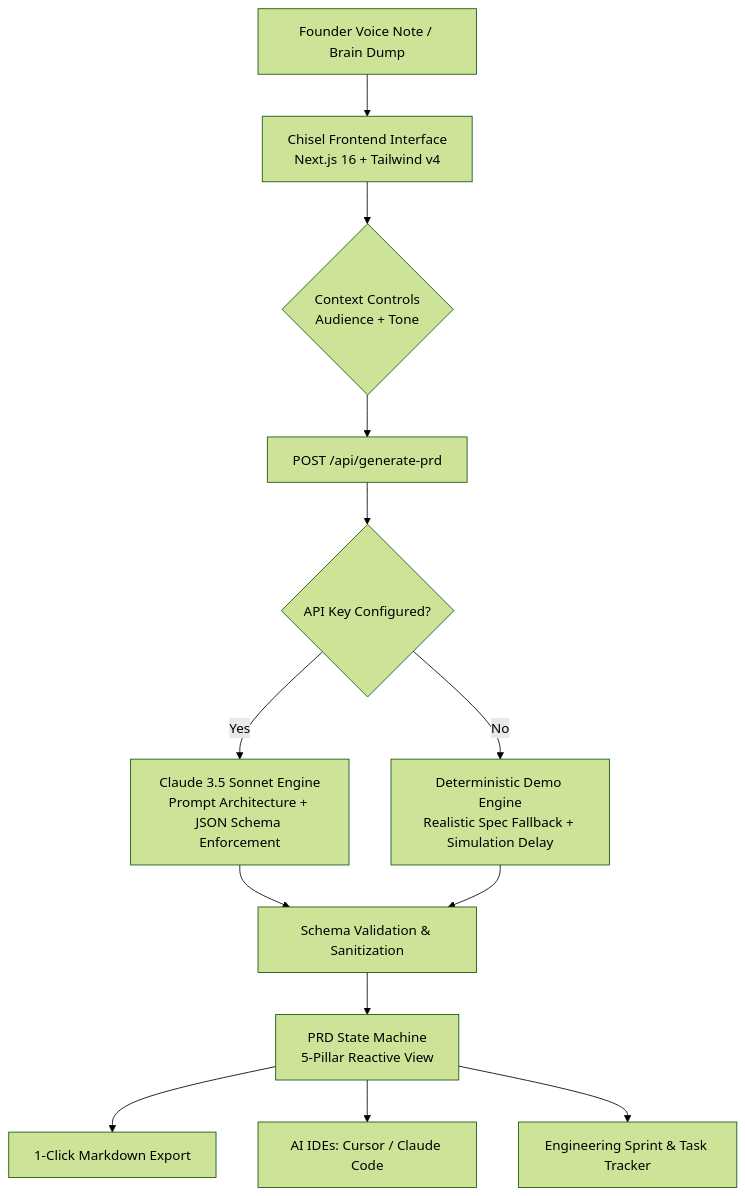
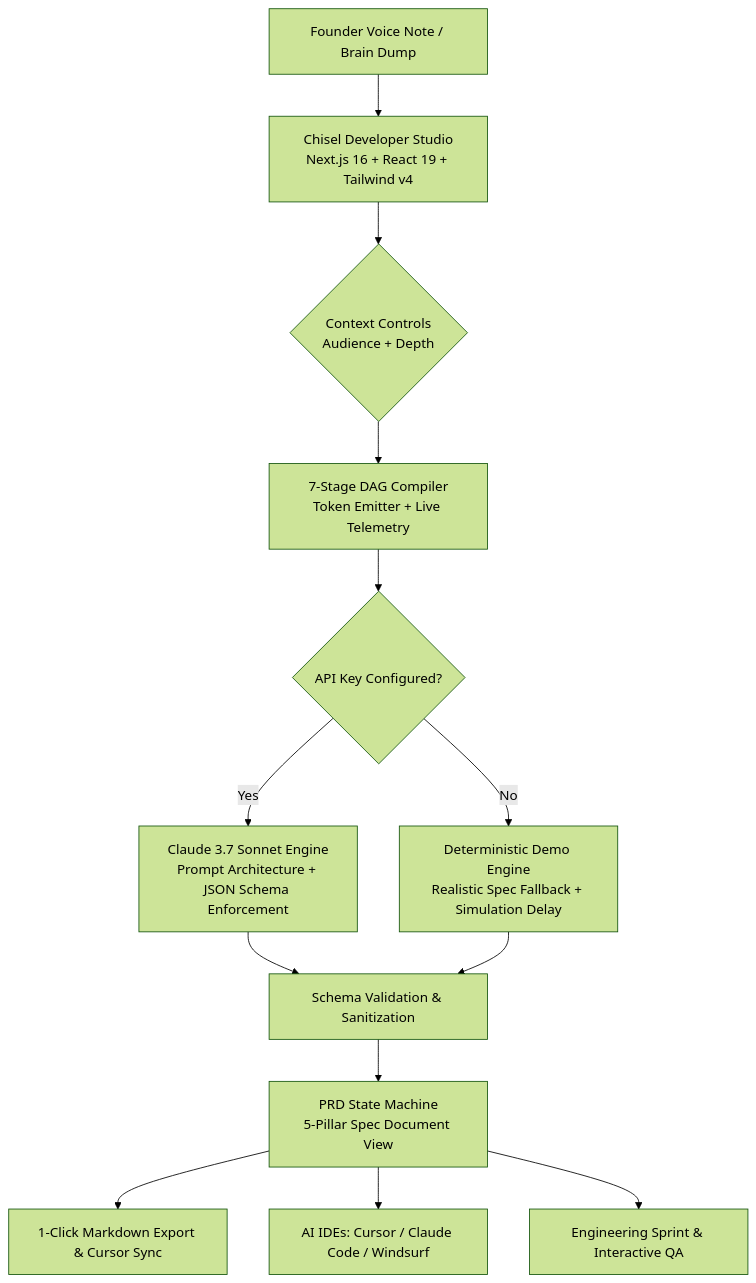
The diagram in README.md (Atharvabagul84/Chisel), drawn with Mermaid (forest theme) before and after one commit. The commit also changed other lines of this file and 11 other files, not shown here.

First line of the commit message:
feat: upgrade to Chisel v2.4 production studio UI and architectural pipeline

````diff
--- a/README.md
+++ b/README.md
@@ -55,20 +56,20 @@
 ```mermaid
 flowchart TD
-    A[Founder Voice Note / Brain Dump] --> B[Chisel Frontend Interface\nNext.js 16 + Tailwind v4]
-    B --> C{Context Controls\nAudience + Tone}
-    C --> D[POST /api/generate-prd]
+    A[Founder Voice Note / Brain Dump] --> B[Chisel Developer Studio\nNext.js 16 + React 19 + Tailwind v4]
+    B --> C{Context Controls\nAudience + Depth}
+    C --> D[7-Stage DAG Compiler\nToken Emitter + Live Telemetry]
     
     D --> E{API Key Configured?}
     
-    E -- Yes --> F[Claude 3.5 Sonnet Engine\nPrompt Architecture + JSON Schema Enforcement]
+    E -- Yes --> F[Claude 3.7 Sonnet Engine\nPrompt Architecture + JSON Schema Enforcement]
     E -- No --> G[Deterministic Demo Engine\nRealistic Spec Fallback + Simulation Delay]
     
     F --> H[Schema Validation & Sanitization]
     G --> H
     
-    H --> I[PRD State Machine\n5-Pillar Reactive View]
+    H --> I[PRD State Machine\n5-Pillar Spec Document View]
     
-    I --> J[1-Click Markdown Export]
-    I --> K[AI IDEs: Cursor / Claude Code]
-    I --> L[Engineering Sprint & Task Tracker]
+    I --> J[1-Click Markdown Export & Cursor Sync]
+    I --> K[AI IDEs: Cursor / Claude Code / Windsurf]
+    I --> L[Engineering Sprint & Interactive QA]
 ```
````
